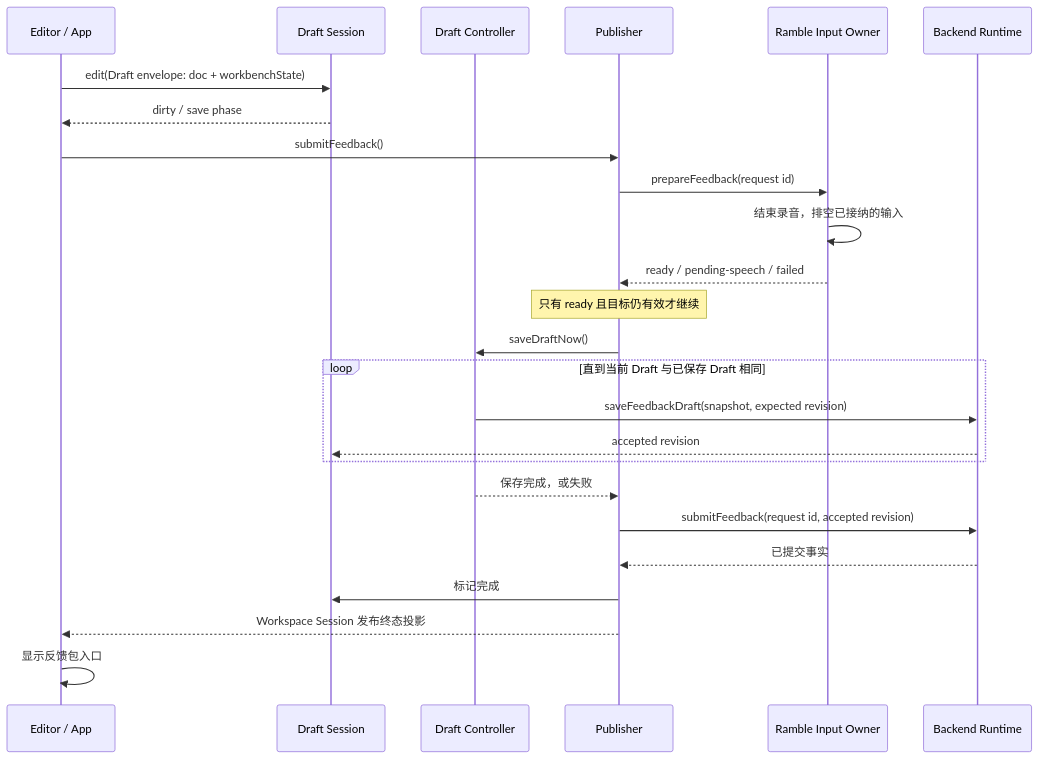
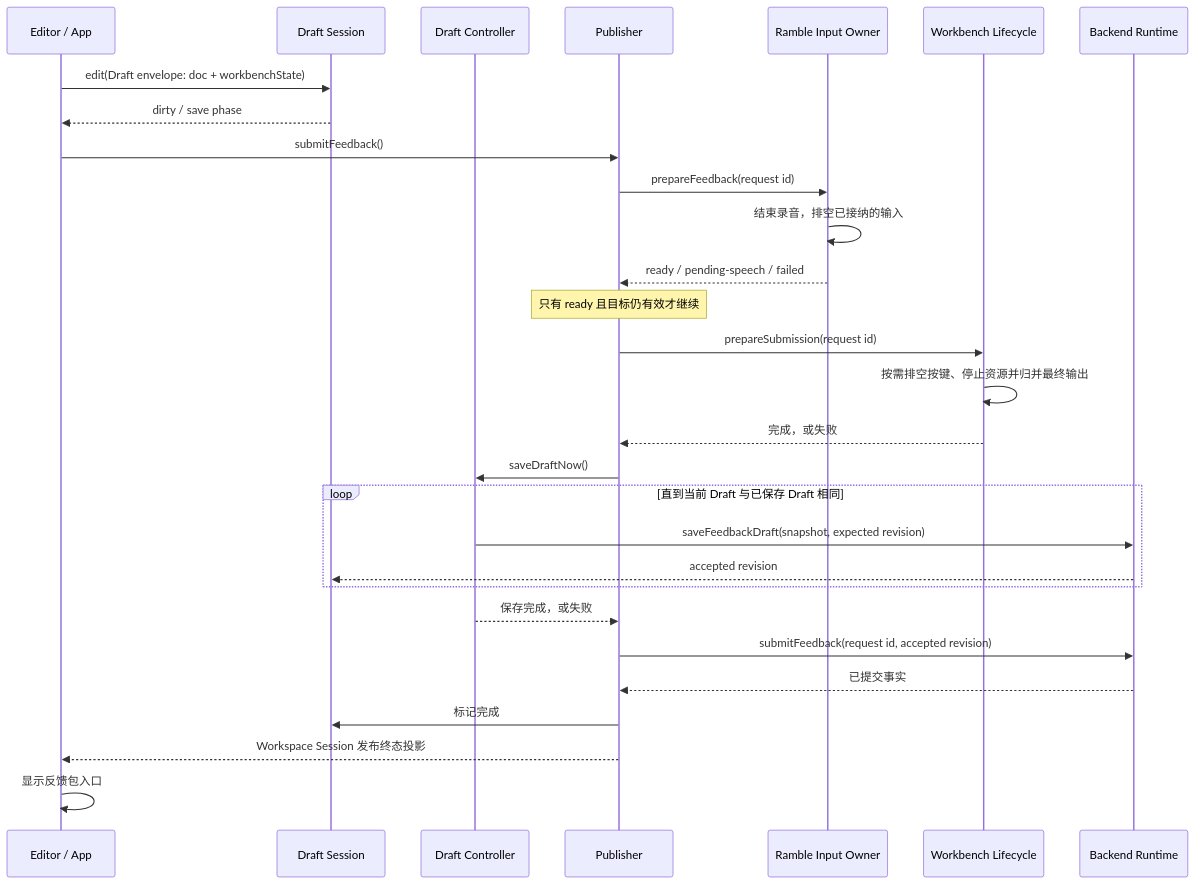
One commit to l1veIn/rambledesk changed the diagram in docs/FEEDBACK_FLOW_WALKTHROUGH.md. Above: the diagram before and after it, drawn with Mermaid. The commit also changed other lines of this file and 92 other files, not shown here.

Commit message:
chore: clean workbench architecture and release documentation

````diff
--- a/docs/FEEDBACK_FLOW_WALKTHROUGH.md
+++ b/docs/FEEDBACK_FLOW_WALKTHROUGH.md
@@ -9,27 +9,31 @@
 ```mermaid
 sequenceDiagram
     participant UI as Editor / App
     participant Draft as Draft Session
     participant Save as Draft Controller
     participant Publish as Publisher
     participant Input as Ramble Input Owner
+    participant Workbench as Workbench Lifecycle
     participant Backend as Backend Runtime
     UI->>Draft: edit(Draft envelope: doc + workbenchState)
     Draft-->>UI: dirty / save phase
     UI->>Publish: submitFeedback()
     Publish->>Input: prepareFeedback(request id)
     Input->>Input: 结束录音，排空已接纳的输入
     Input-->>Publish: ready / pending-speech / failed
     Note over Publish: 只有 ready 且目标仍有效才继续
+    Publish->>Workbench: prepareSubmission(request id)
+    Workbench->>Workbench: 按需排空按键、停止资源并归并最终输出
+    Workbench-->>Publish: 完成，或失败
     Publish->>Save: saveDraftNow()
     loop 直到当前 Draft 与已保存 Draft 相同
         Save->>Backend: saveFeedbackDraft(snapshot, expected revision)
         Backend-->>Draft: accepted revision
     end
     Save-->>Publish: 保存完成，或失败
     Publish->>Backend: submitFeedback(request id, accepted revision)
     Backend-->>Publish: 已提交事实
     Publish->>Draft: 标记完成
     Publish-->>UI: Workspace Session 发布终态投影
     UI->>UI: 显示反馈包入口
 ```
````
